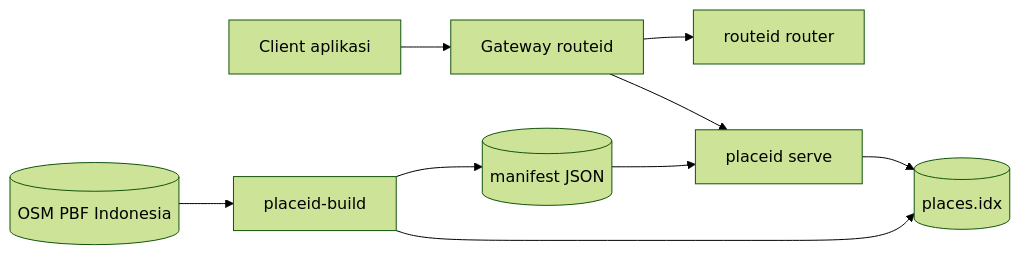
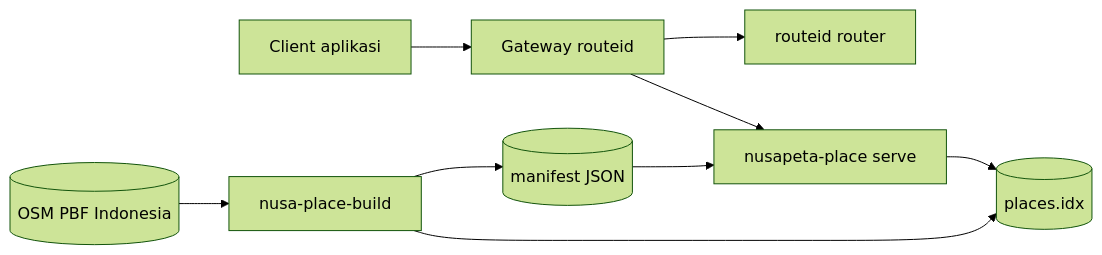
Before and after one commit to nusapeta/place: the first of 5 diagrams in docs/ARCHITECTURE.md, drawn with Mermaid (forest theme). The commit also changed other lines of this file and 48 other files, not shown here.

First line of the commit message:
rename: rebrand placeid as nusapeta/place

````diff
--- a/docs/ARCHITECTURE.md
+++ b/docs/ARCHITECTURE.md
@@ -11,11 +11,11 @@
 ```mermaid
 flowchart LR
     client[Client aplikasi] --> gateway[Gateway routeid]
     gateway --> router[routeid router]
-    gateway --> placeid[placeid serve]
-    placeid --> index[(places.idx)]
-    pbf[(OSM PBF Indonesia)] --> builder[placeid-build]
+    gateway --> nusapeta-place[nusapeta-place serve]
+    nusapeta-place --> index[(places.idx)]
+    pbf[(OSM PBF Indonesia)] --> builder[nusa-place-build]
     builder --> index
     builder --> manifest[(manifest JSON)]
-    manifest --> placeid
+    manifest --> nusapeta-place
 ```
````
